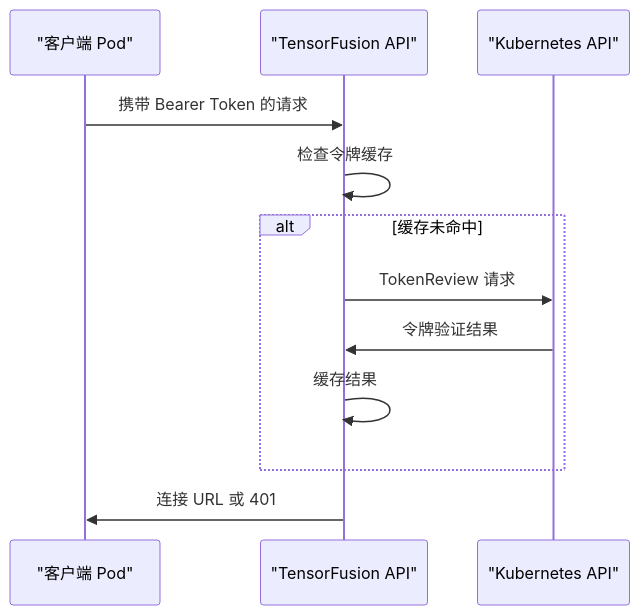
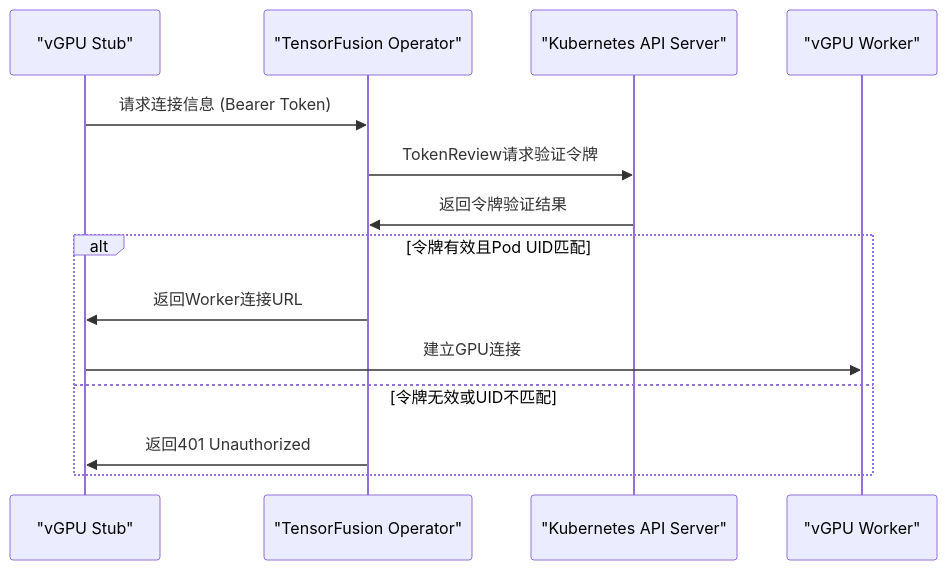
Before and after one commit to NexusGPU/tensor-fusion-site: the second of 4 diagrams in docs/zh/reference/security-whitepaper.md, drawn with Mermaid. The commit also changed other lines of this file and 13 other files, not shown here.

````diff
--- a/docs/zh/reference/security-whitepaper.md
+++ b/docs/zh/reference/security-whitepaper.md
@@ -84,15 +173,17 @@
 ```mermaid
 sequenceDiagram
-    participant Pod as "客户端 Pod"
-    participant API as "TensorFusion API"
-    participant K8s as "Kubernetes API"
-    
-    Pod->>API: 携带 Bearer Token 的请求
-    API->>API: 检查令牌缓存
-    alt 缓存未命中
-        API->>K8s: TokenReview 请求
-        K8s->>API: 令牌验证结果
-        API->>API: 缓存结果
+    participant Client as "vGPU Stub"
+    participant Operator as "TensorFusion Operator"
+    participant K8s as "Kubernetes API Server"
+    participant Worker as "vGPU Worker"
+
+    Client->>Operator: 请求连接信息 (Bearer Token)
+    Operator->>K8s: TokenReview请求验证令牌
+    K8s->>Operator: 返回令牌验证结果
+    alt 令牌有效且Pod UID匹配
+        Operator->>Client: 返回Worker连接URL
+        Client->>Worker: 建立GPU连接
+    else 令牌无效或UID不匹配  
+        Operator->>Client: 返回401 Unauthorized
     end
-    API->>Pod: 连接 URL 或 401
 ```
````
